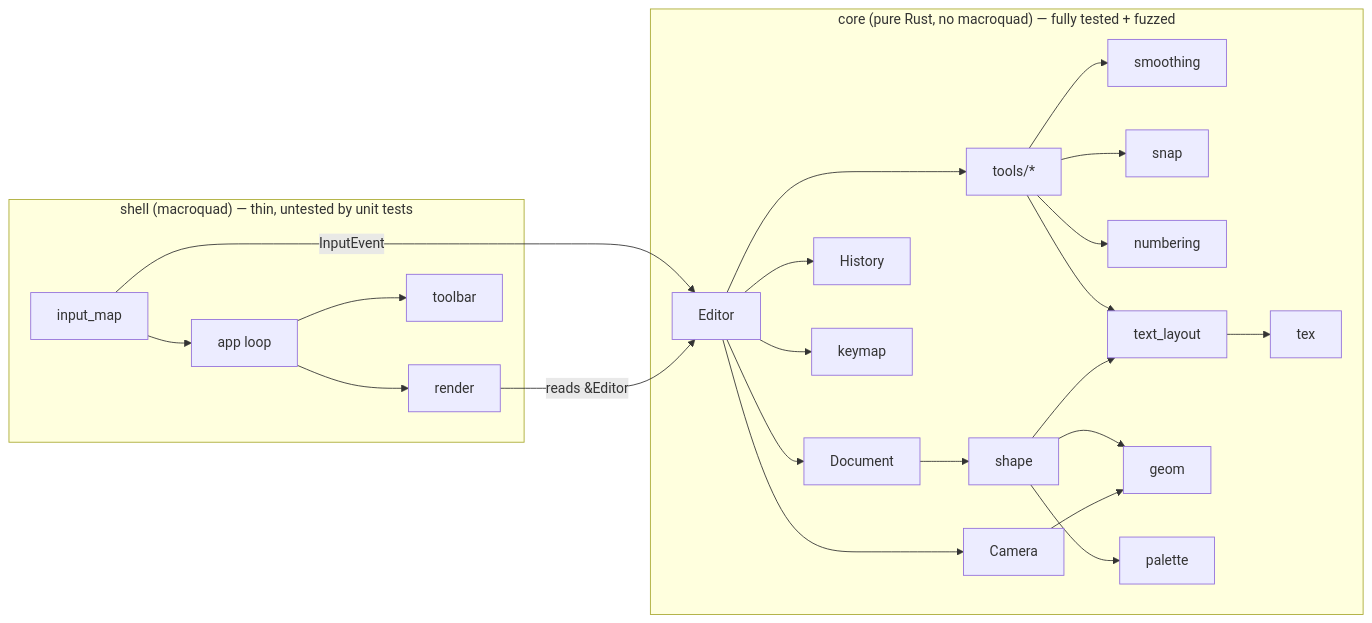
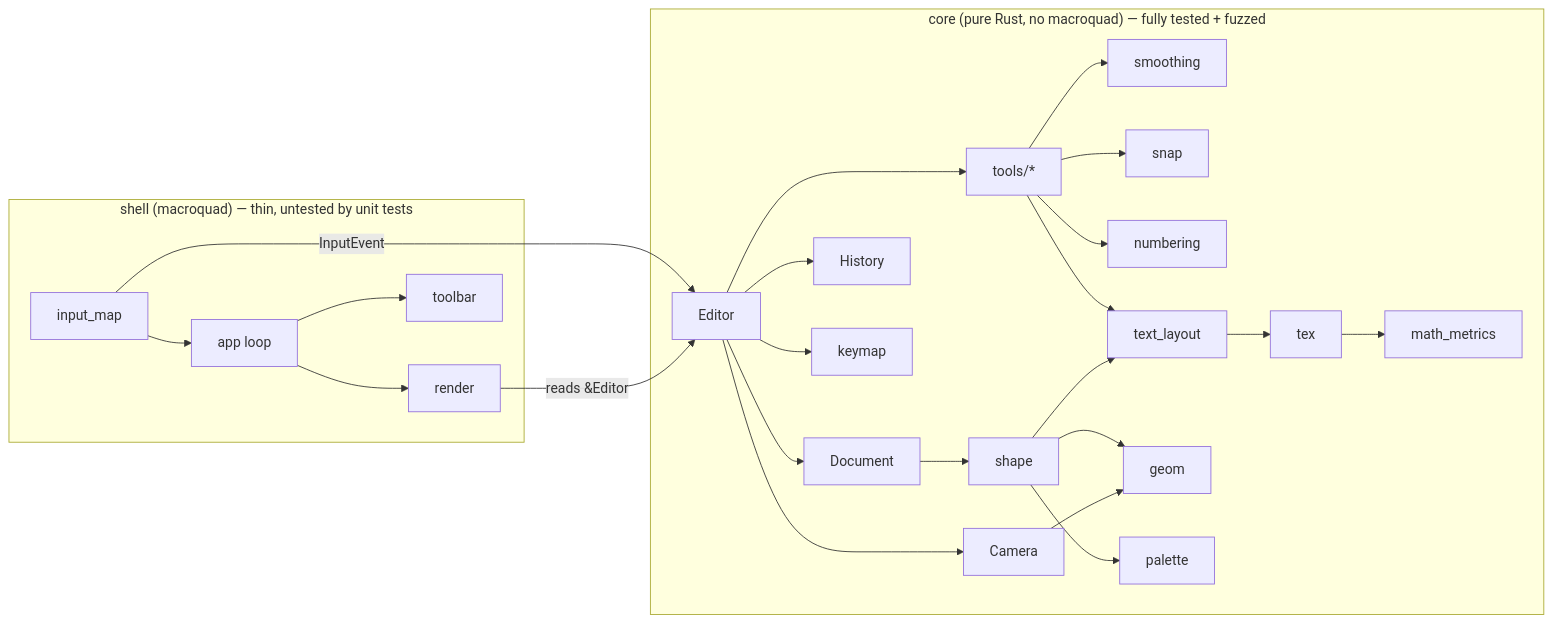
The diagram in docs/architecture/Architecture.md (UmBender/draw), drawn with Mermaid before and after one commit. The commit also changed other lines of this file and 5 other files, not shown here.

````diff
--- a/docs/architecture/Architecture.md
+++ b/docs/architecture/Architecture.md
@@ -14,27 +14,28 @@
 ```mermaid
 flowchart LR
   subgraph shell["shell (macroquad) — thin, untested by unit tests"]
     IM[input_map] --> APP[app loop]
     APP --> R[render]
     APP --> TB[toolbar]
   end
   subgraph core["core (pure Rust, no macroquad) — fully tested + fuzzed"]
     ED[Editor] --> DOC[Document]
     ED --> HIS[History]
     ED --> CAM[Camera]
     ED --> TOOLS[tools/*]
     ED --> KM[keymap]
     TOOLS --> SM[smoothing]
     TOOLS --> SNAP[snap]
     TOOLS --> NUM[numbering]
     TOOLS --> TL[text_layout]
     SH --> TL
     TL --> TEX[tex]
+    TEX --> MM[math_metrics]
     DOC --> SH[shape]
     SH --> G[geom]
     CAM --> G
     SH --> PAL[palette]
   end
   IM -- "InputEvent" --> ED
   R -- "reads &Editor" --> ED
 ```
````
